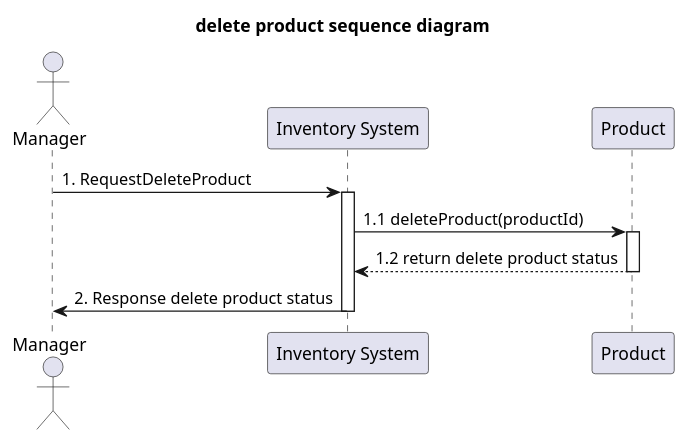
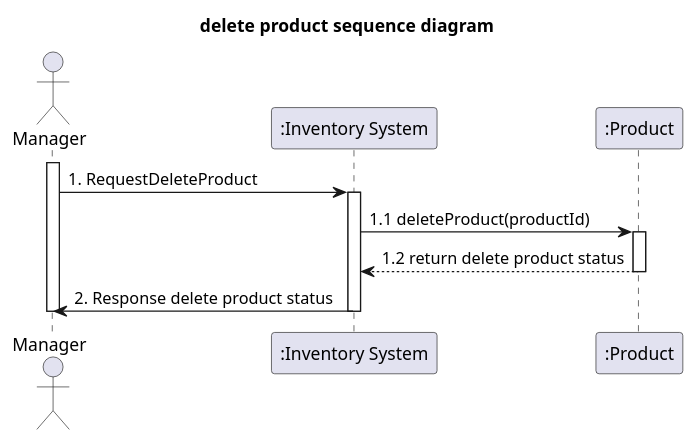
The diagram in system-analysis/sequence/_2_4_sequence-delete-product.puml (billowdev/inventory-system-plantuml-sequelize-seeder-example), drawn with PlantUML before and after one commit. The commit also changed 22 other files, not shown here.

Commit message:
update sequence diagram and add overview sequence

```diff
--- a/system-analysis/sequence/_2_4_sequence-delete-product.puml
+++ b/system-analysis/sequence/_2_4_sequence-delete-product.puml
@@ -1,24 +1,26 @@
 @startuml
 'example
 title delete product sequence diagram
 
 actor Manager as actorManager
-participant "Inventory System" as InventorySystem
-participant "Product" as classProduct
+participant ":Inventory System" as InventorySystem
+participant ":Product" as classProduct
+
+activate actorManager
 
 actorManager -> InventorySystem: 1. RequestDeleteProduct
 activate InventorySystem
 
 InventorySystem -> classProduct: 1.1 deleteProduct(productId)
 activate classProduct
 
 
 classProduct --> InventorySystem: 1.2 return delete product status
 deactivate classProduct
 
 InventorySystem -> actorManager: 2. Response delete product status
 deactivate InventorySystem
 
-
+deactivate actorManager
 
 @enduml
```
